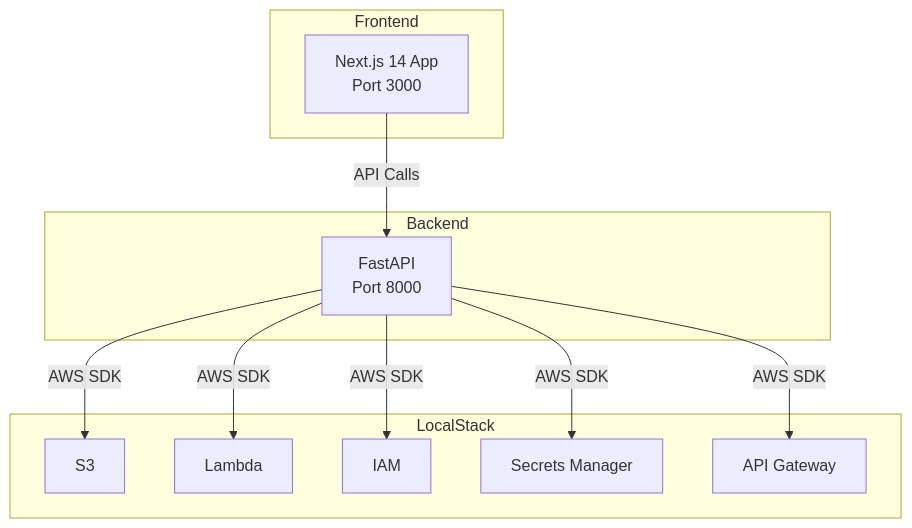
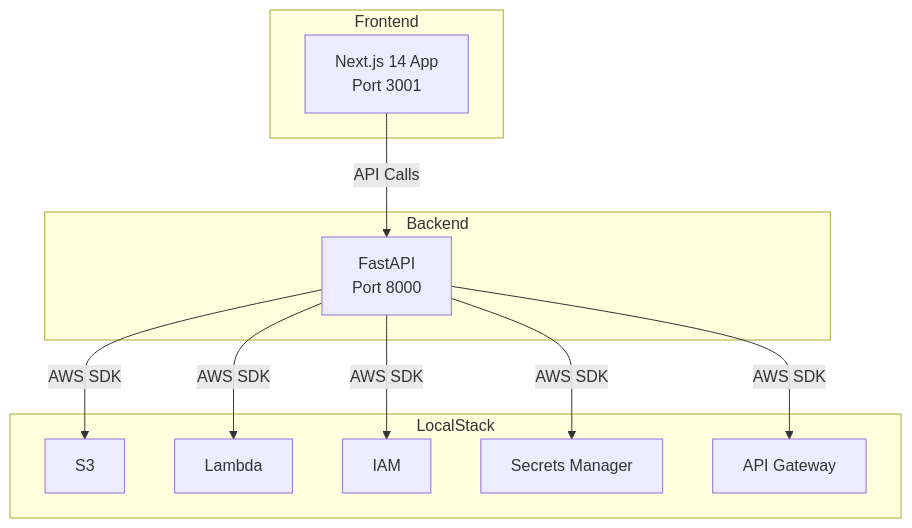
Before and after one commit to ethanolivertroy/DamnVulnerableTrustCenter: the diagram in README.md, drawn with Mermaid. The commit also changed other lines of this file and 8 other files, not shown here.

````diff
--- a/README.md
+++ b/README.md
@@ -44,25 +44,25 @@
 ```mermaid
 graph TB
     subgraph "Frontend"
-        A[Next.js 14 App<br/>Port 3000]
+        A[Next.js 14 App<br/>Port 3001]
     end
 
     subgraph "Backend"
         B[FastAPI<br/>Port 8000]
     end
 
     subgraph "LocalStack"
         C[S3]
         D[Lambda]
         E[IAM]
         F[Secrets Manager]
         G[API Gateway]
     end
 
     A -->|API Calls| B
     B -->|AWS SDK| C
     B -->|AWS SDK| D
     B -->|AWS SDK| E
     B -->|AWS SDK| F
     B -->|AWS SDK| G
 ```
````
